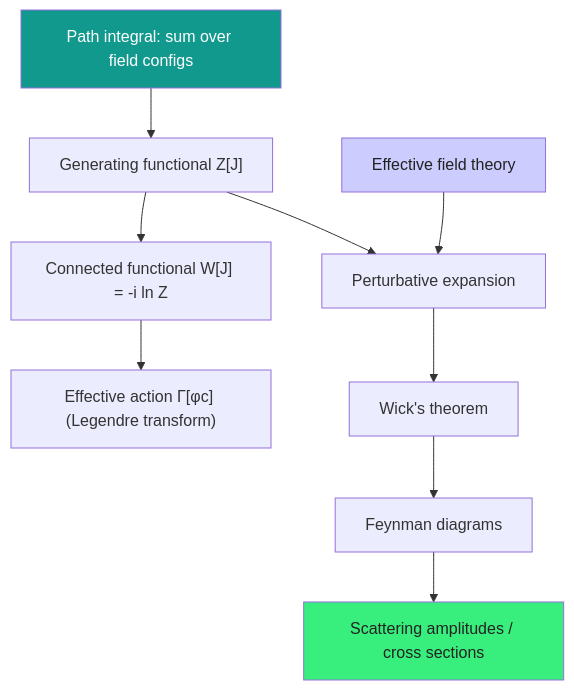
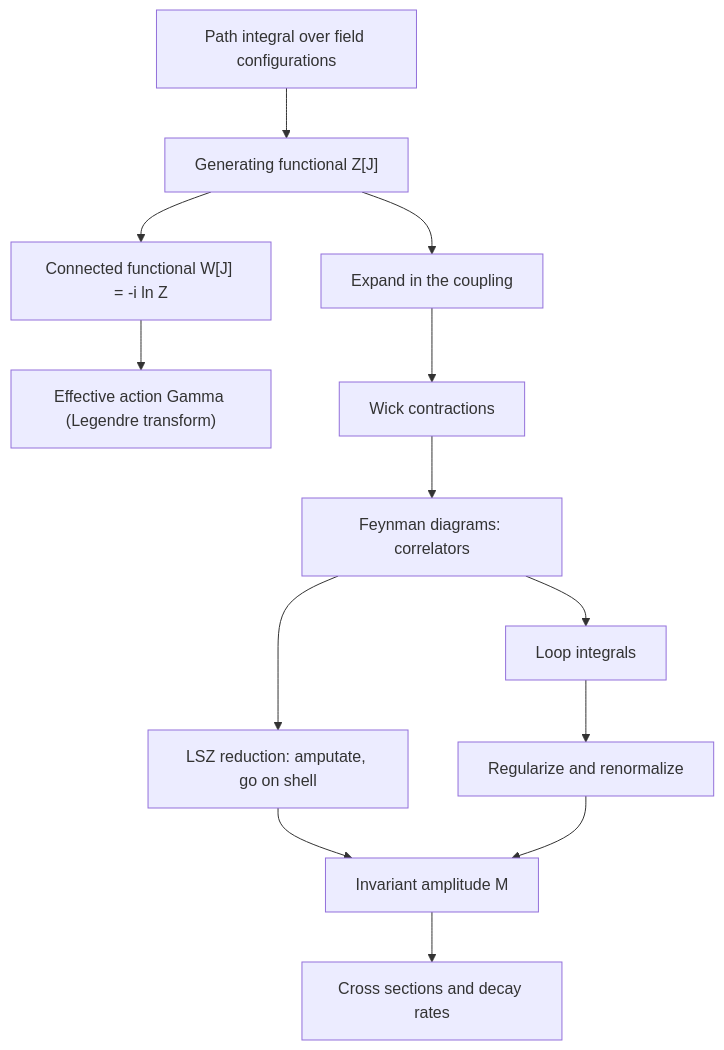
One commit to AndrewAltimit/Documentation changed the first of 2 diagrams in github-pages/docs/physics/qft-methods.md. Above: the diagram before and after it, drawn with Mermaid. The commit also changed other lines of this file and 240 other files, not shown here.

````diff
--- a/github-pages/docs/physics/qft-methods.md
+++ b/github-pages/docs/physics/qft-methods.md
@@ -34,14 +16,15 @@
 ```mermaid
 graph TD
-    PI["Path integral: sum over field configs"] --> Z["Generating functional Z[J]"]
+    PI["Path integral over field configurations"] --> Z["Generating functional Z[J]"]
     Z --> W["Connected functional W[J] = -i ln Z"]
-    W --> G["Effective action Γ[φc] (Legendre transform)"]
-    Z --> PT["Perturbative expansion"]
-    PT --> WICK["Wick's theorem"]
-    WICK --> FD["Feynman diagrams"]
-    FD --> AMP["Scattering amplitudes / cross sections"]
-    EFT["Effective field theory"] --> PT
-    style PI fill:#11998e,color:#fff
-    style AMP fill:#38ef7d,color:#222
-    style EFT fill:#ccf,color:#222
+    W --> G["Effective action Gamma (Legendre transform)"]
+    Z --> PT["Expand in the coupling"]
+    PT --> WICK["Wick contractions"]
+    WICK --> FD["Feynman diagrams: correlators"]
+    FD --> LSZ["LSZ reduction: amputate, go on shell"]
+    LSZ --> M["Invariant amplitude M"]
+    M --> OBS["Cross sections and decay rates"]
+    FD --> LOOP["Loop integrals"]
+    LOOP --> REN["Regularize and renormalize"]
+    REN --> M
 ```
````
